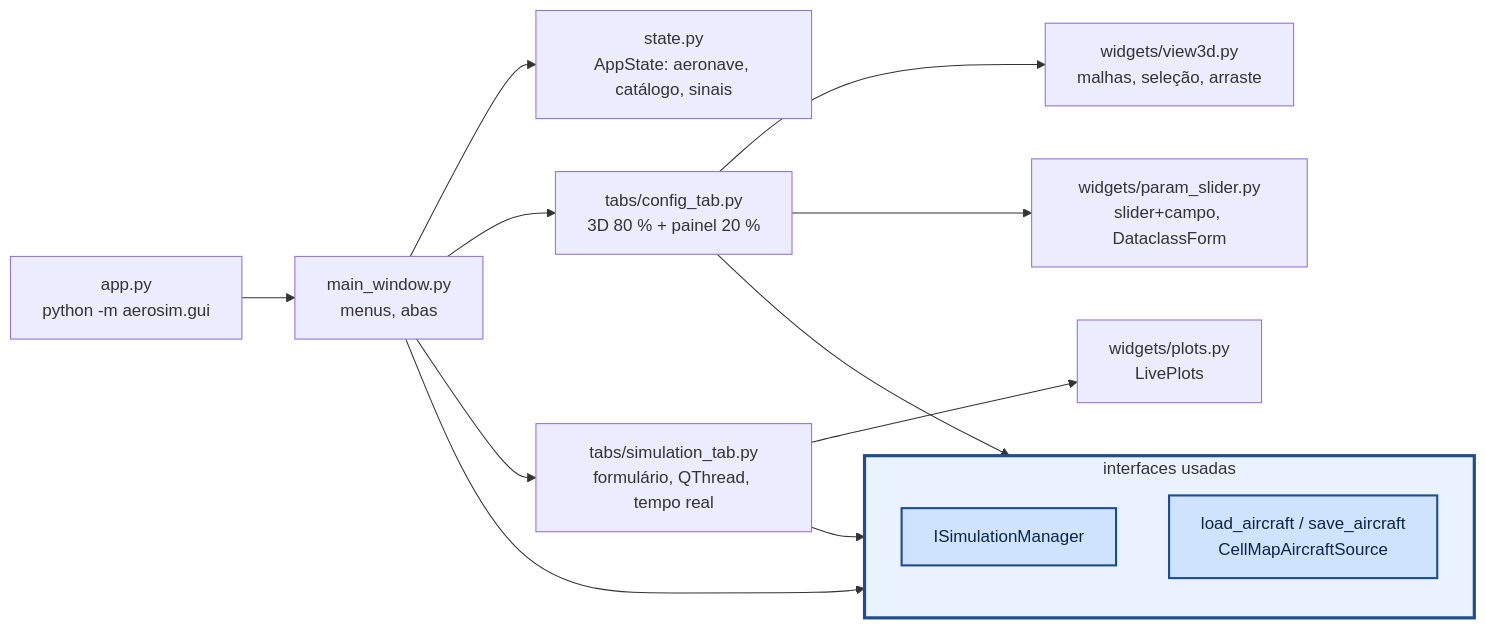
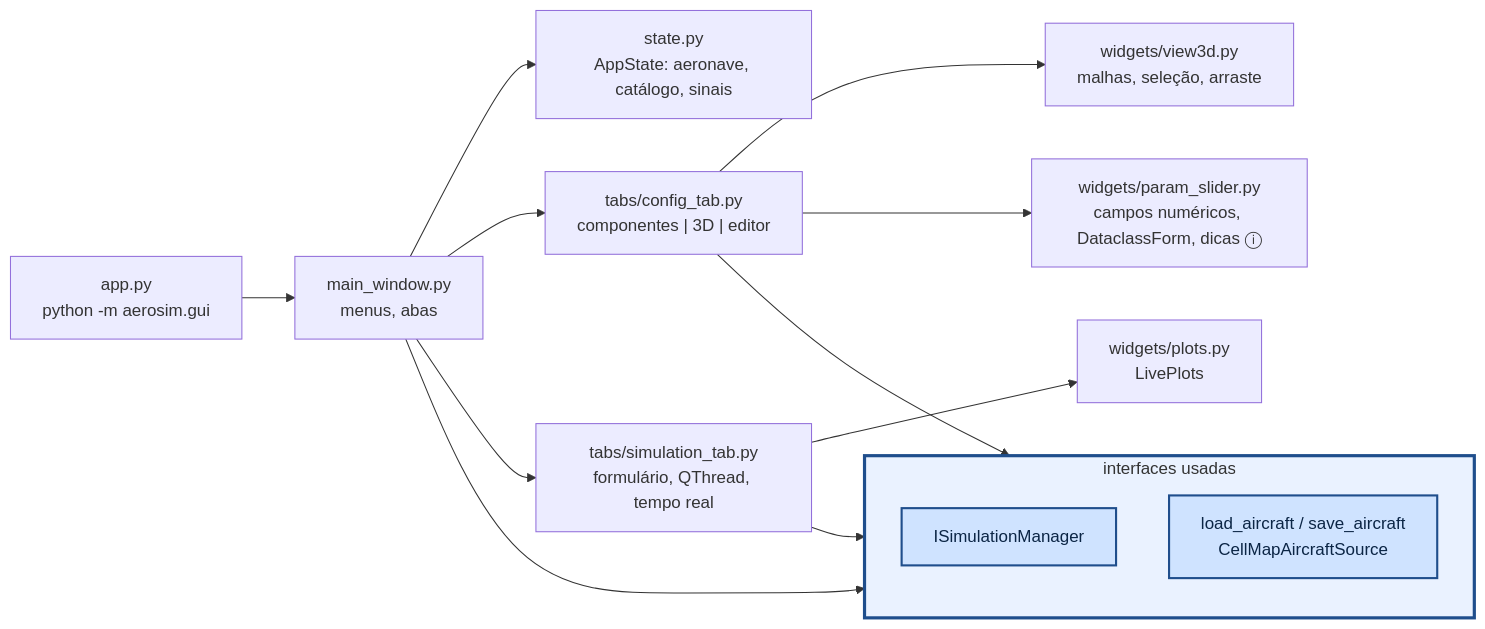
One commit to vitordallolivo/AircraftSimulation changed the diagram in aerosim/gui/README.md. Above: the diagram before and after it, drawn with Mermaid. The commit also changed other lines of this file and 23 other files, not shown here.

````diff
--- a/aerosim/gui/README.md
+++ b/aerosim/gui/README.md
@@ -6,26 +27,26 @@
 ```mermaid
 flowchart LR
     subgraph API["interfaces usadas"]
         direction TB
         ISM["ISimulationManager"]
         SRC["load_aircraft / save_aircraft<br/>CellMapAircraftSource"]
     end
     APP["app.py<br/>python -m aerosim.gui"]
     MW["main_window.py<br/>menus, abas"]
     ST["state.py<br/>AppState: aeronave, catálogo, sinais"]
-    CT["tabs/config_tab.py<br/>3D 80 % + painel 20 %"]
+    CT["tabs/config_tab.py<br/>componentes | 3D | editor"]
     STAB["tabs/simulation_tab.py<br/>formulário, QThread, tempo real"]
     V3D["widgets/view3d.py<br/>malhas, seleção, arraste"]
-    PS["widgets/param_slider.py<br/>slider+campo, DataclassForm"]
+    PS["widgets/param_slider.py<br/>campos numéricos, DataclassForm, dicas ⓘ"]
     PL["widgets/plots.py<br/>LivePlots"]
     APP --> MW --> ST
     MW --> CT & STAB
     CT --> V3D & PS
     STAB --> PL
     STAB --> ISM
     CT --> ISM
     MW --> SRC
     classDef iface fill:#cfe3ff,stroke:#1f4e8c,stroke-width:2px,color:#0b2545
     class ISM,SRC iface
     style API fill:#eaf2ff,stroke:#1f4e8c,stroke-width:3px
 ```
````
